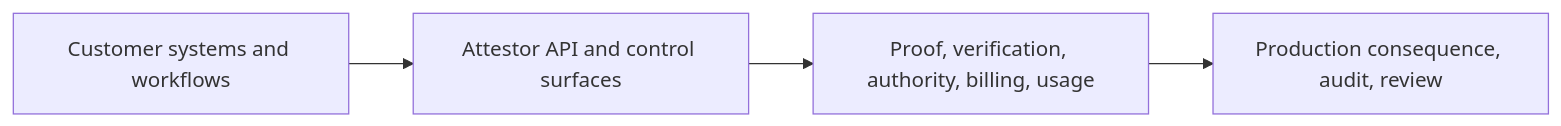
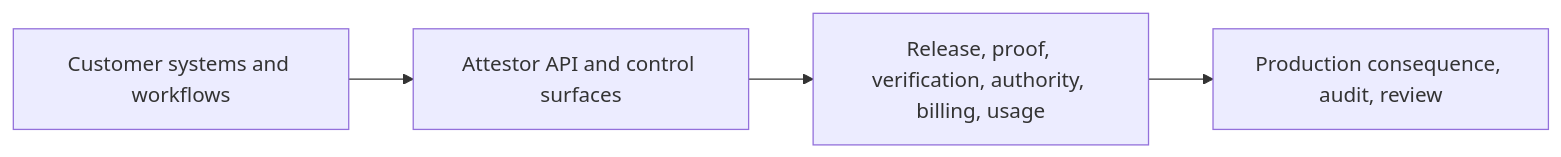
The diagram in docs/01-overview/product-packaging.md (0xlamarr-labs/attestor), drawn with Mermaid before and after one commit. The commit also changed other lines of this file and 5 other files, not shown here.

````diff
--- a/docs/01-overview/product-packaging.md
+++ b/docs/01-overview/product-packaging.md
@@ -34,6 +34,6 @@
 ```mermaid
 flowchart LR
   App["Customer systems and workflows"] --> A["Attestor API and control surfaces"]
-  A --> P["Proof, verification, authority, billing, usage"]
+  A --> P["Release, proof, verification, authority, billing, usage"]
   P --> C["Production consequence, audit, review"]
 ```
````
